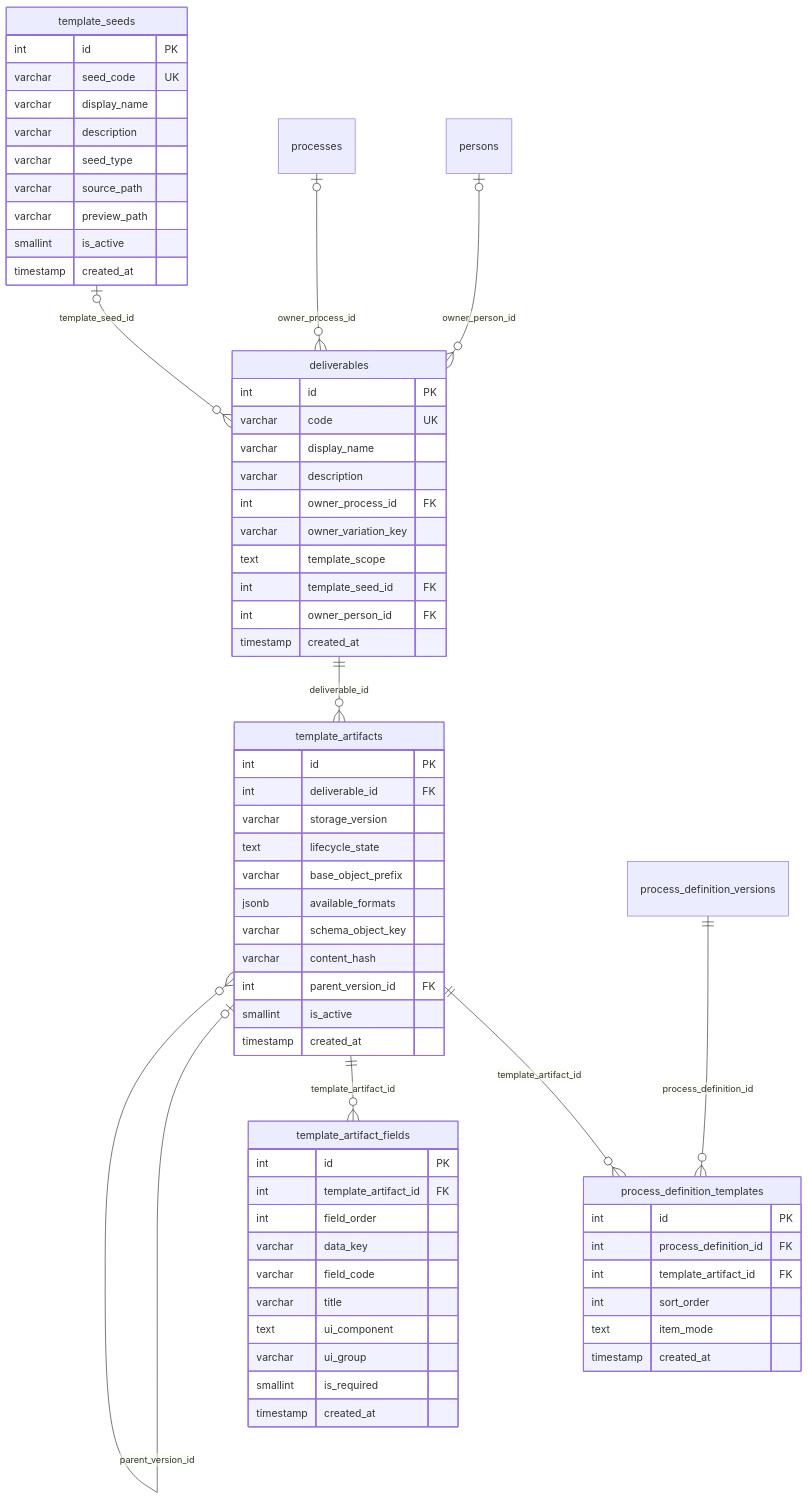
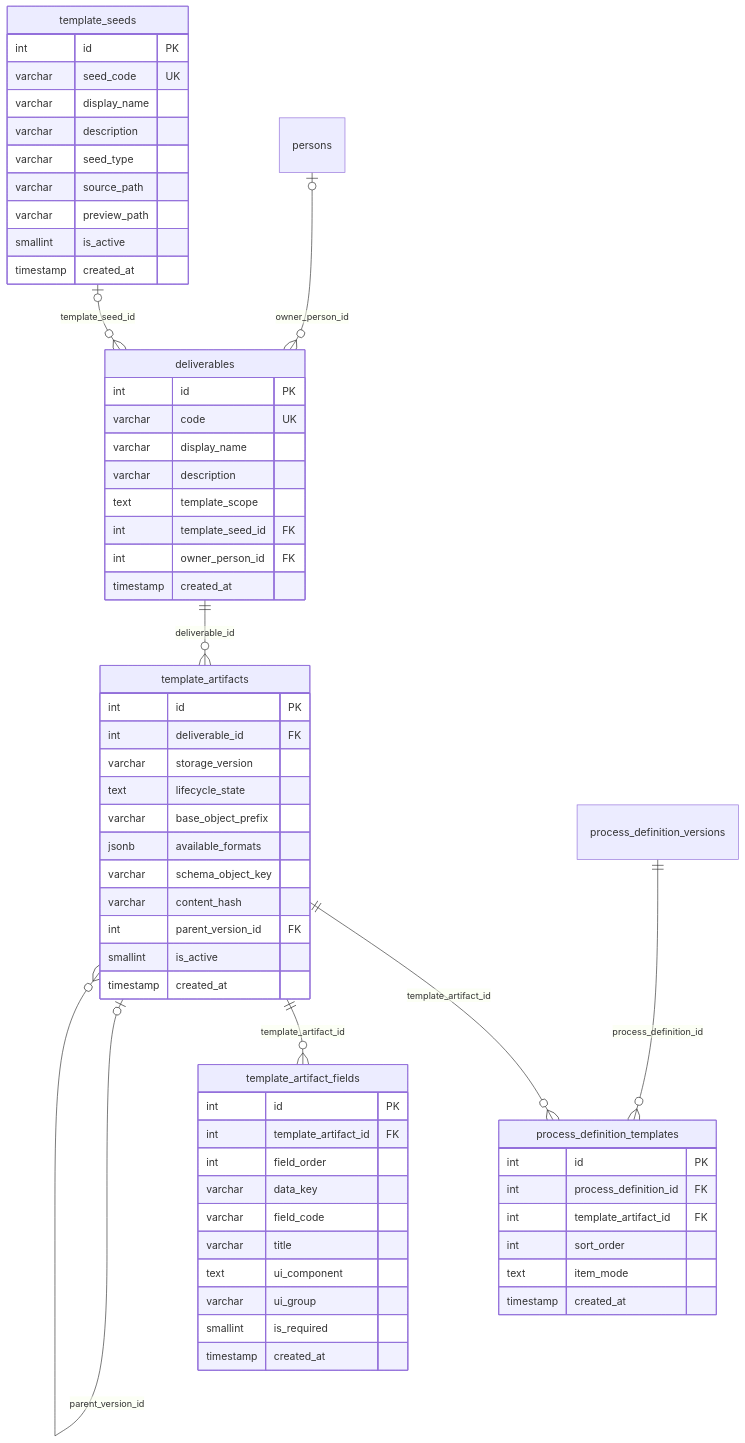
Before and after one commit to fresvel/deasy: the third of 10 diagrams in docs/src/content/docs/modelo/mapa-con-campos.md, drawn with Mermaid. The commit also changed other lines of this file and 43 other files, not shown here.

````diff
--- a/docs/src/content/docs/modelo/mapa-con-campos.md
+++ b/docs/src/content/docs/modelo/mapa-con-campos.md
@@ -234,68 +234,65 @@
 ```mermaid
 erDiagram
   %% generado por scripts/docs/gen-mapa-campos.mjs: no se edita a mano
   template_seeds {
     int id PK
     varchar seed_code UK
     varchar display_name
     varchar description
     varchar seed_type
     varchar source_path
     varchar preview_path
     smallint is_active
     timestamp created_at
   }
   deliverables {
     int id PK
     varchar code UK
     varchar display_name
     varchar description
-    int owner_process_id FK
-    varchar owner_variation_key
     text template_scope
     int template_seed_id FK
     int owner_person_id FK
     timestamp created_at
   }
   template_artifacts {
     int id PK
     int deliverable_id FK
     varchar storage_version
     text lifecycle_state
     varchar base_object_prefix
     jsonb available_formats
     varchar schema_object_key
     varchar content_hash
     int parent_version_id FK
     smallint is_active
     timestamp created_at
   }
   template_artifact_fields {
     int id PK
     int template_artifact_id FK
     int field_order
     varchar data_key
     varchar field_code
     varchar title
     text ui_component
     varchar ui_group
     smallint is_required
     timestamp created_at
   }
   process_definition_templates {
     int id PK
     int process_definition_id FK
     int template_artifact_id FK
     int sort_order
     text item_mode
     timestamp created_at
   }
   persons |o--o{ deliverables : "owner_person_id"
-  processes |o--o{ deliverables : "owner_process_id"
   template_seeds |o--o{ deliverables : "template_seed_id"
   template_artifacts ||--o{ process_definition_templates : "template_artifact_id"
   process_definition_versions ||--o{ process_definition_templates : "process_definition_id"
   template_artifacts ||--o{ template_artifact_fields : "template_artifact_id"
   deliverables ||--o{ template_artifacts : "deliverable_id"
   template_artifacts |o--o{ template_artifacts : "parent_version_id"
 ```
````
